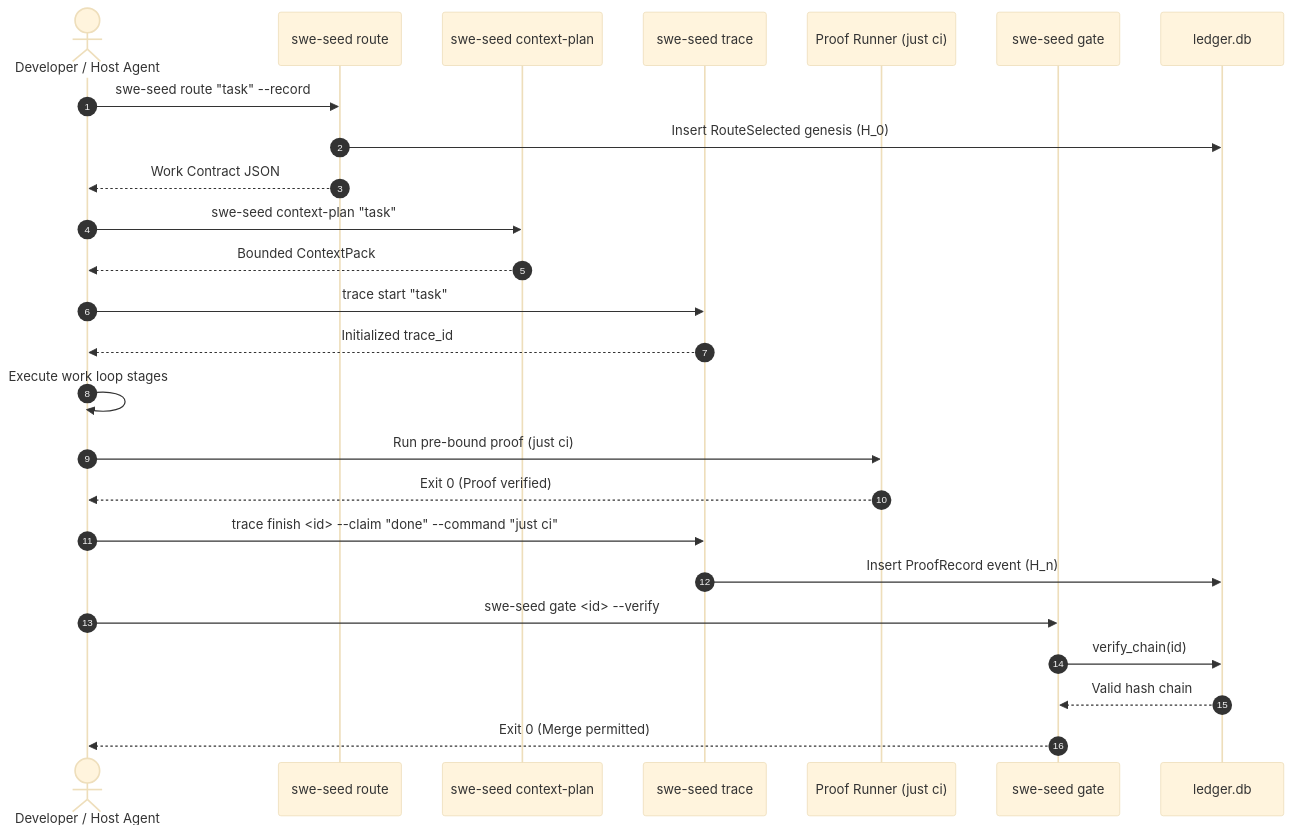
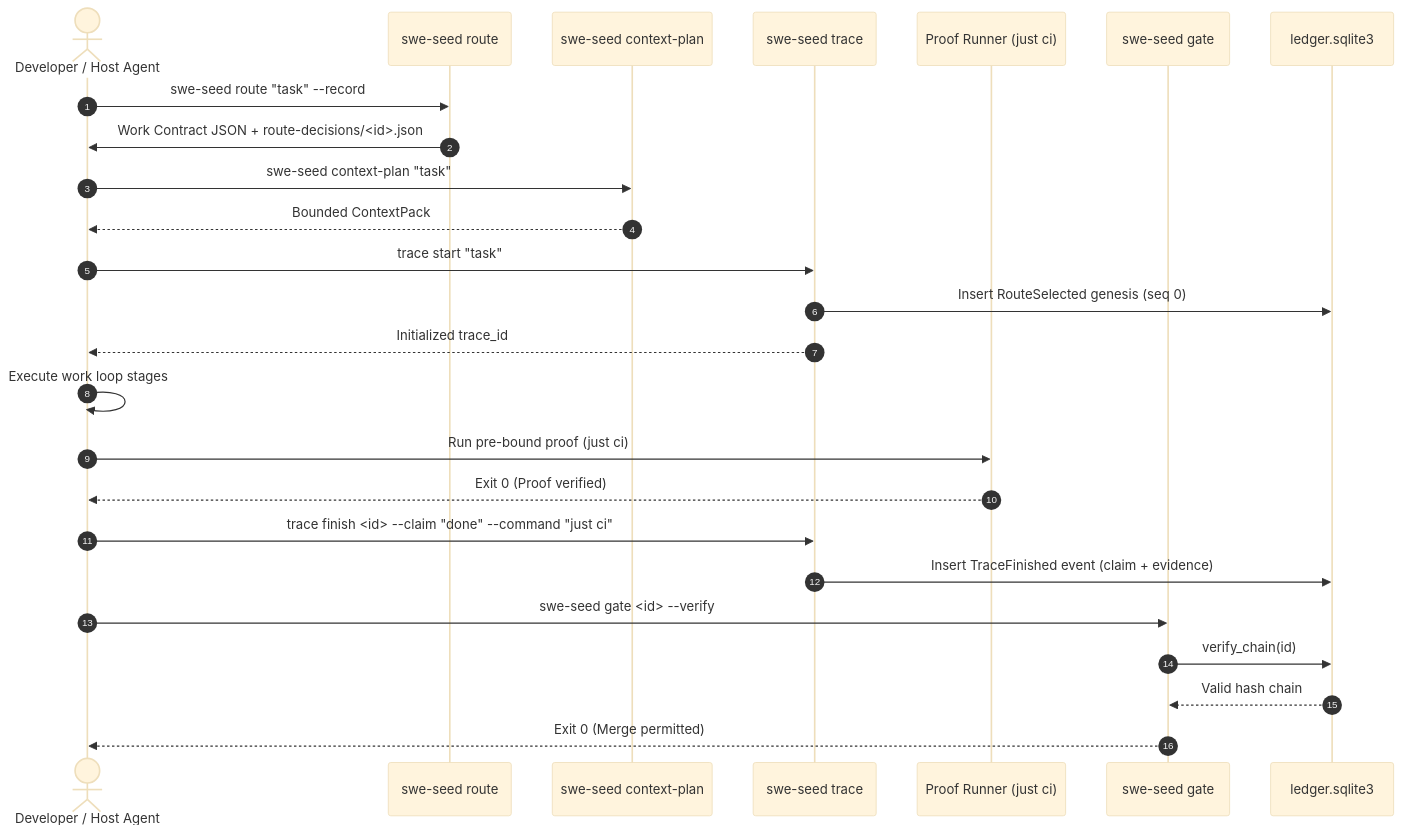
The diagram in docs/workflows/task-routing-to-proof.md (GodSpeedAI/swe_seed), drawn with Mermaid (base theme) before and after one commit. The commit also changed other lines of this file and 29 other files, not shown here.

````diff
--- a/docs/workflows/task-routing-to-proof.md
+++ b/docs/workflows/task-routing-to-proof.md
@@ -53,34 +53,34 @@
 ```mermaid
 sequenceDiagram
     autonumber
     actor Dev as Developer / Host Agent
     participant Route as swe-seed route
     participant Context as swe-seed context-plan
     participant Trace as swe-seed trace
     participant CI as Proof Runner (just ci)
     participant Gate as swe-seed gate
-    participant Ledger as ledger.db
+    participant Ledger as ledger.sqlite3
 
     Dev->>Route: swe-seed route "task" --record
-    Route->>Ledger: Insert RouteSelected genesis (H_0)
-    Route-->>Dev: Work Contract JSON
+    Route->>Dev: Work Contract JSON + route-decisions/<id>.json
 
     Dev->>Context: swe-seed context-plan "task"
     Context-->>Dev: Bounded ContextPack
 
     Dev->>Trace: trace start "task"
+    Trace->>Ledger: Insert RouteSelected genesis (seq 0)
     Trace-->>Dev: Initialized trace_id
 
     Dev->>Dev: Execute work loop stages
 
     Dev->>CI: Run pre-bound proof (just ci)
     CI-->>Dev: Exit 0 (Proof verified)
 
     Dev->>Trace: trace finish <id> --claim "done" --command "just ci"
-    Trace->>Ledger: Insert ProofRecord event (H_n)
+    Trace->>Ledger: Insert TraceFinished event (claim + evidence)
 
     Dev->>Gate: swe-seed gate <id> --verify
     Gate->>Ledger: verify_chain(id)
     Ledger-->>Gate: Valid hash chain
     Gate-->>Dev: Exit 0 (Merge permitted)
 ```
````
